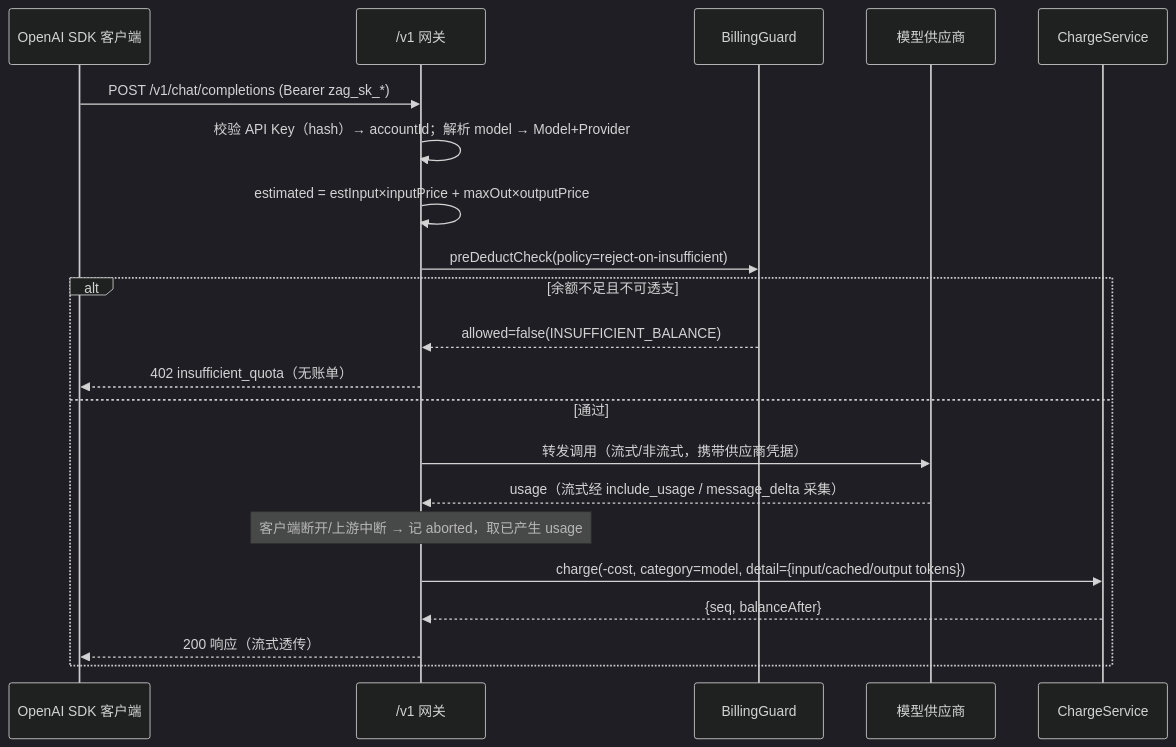
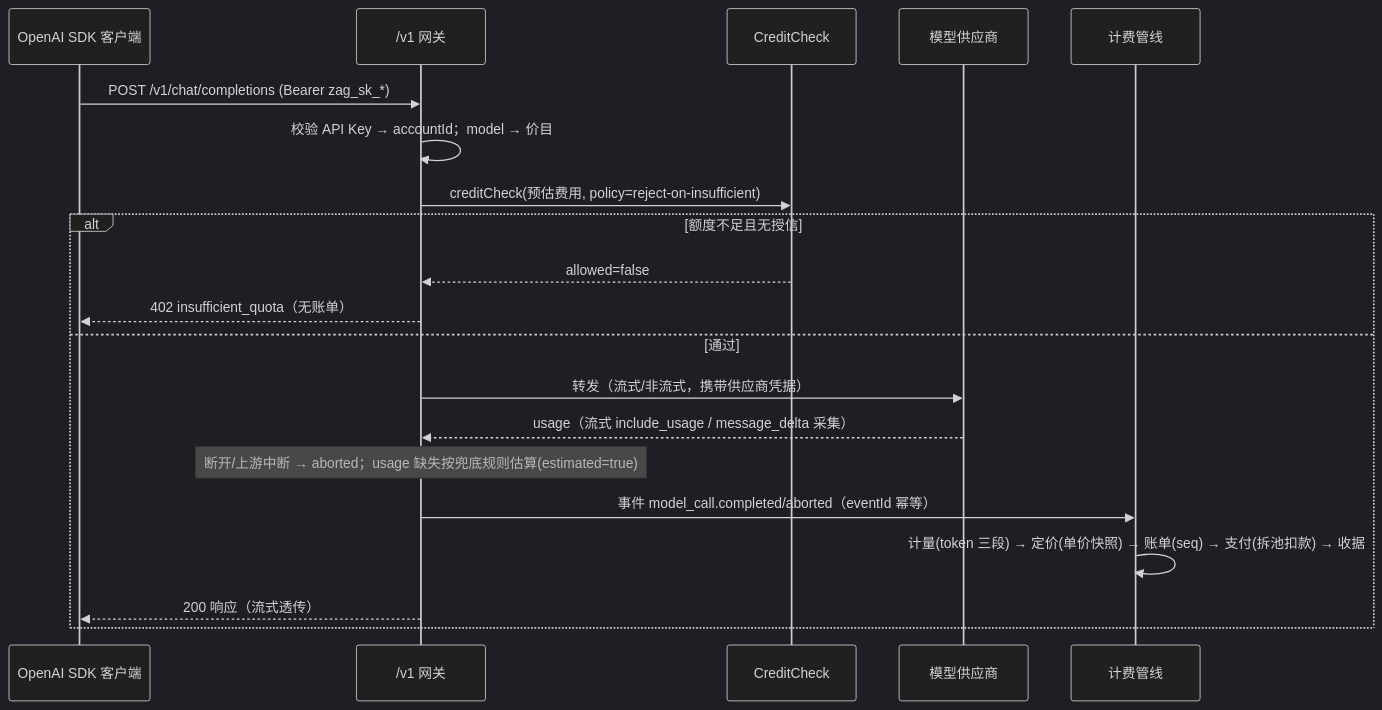
The eighth of 8 diagrams in docs/engineering/proposals/20261018-feat-credits-billing.md (Deliay/z-agent-gear), drawn with Mermaid (dark theme) before and after one commit. The commit also changed other lines of this file and 1 other file, not shown here.

Commit message:
docs(billing): 返工重构为「事件→计量→定价→账单→支付→收据」计费管线（PRD/提案 v2.0）

````diff
--- a/docs/engineering/proposals/20261018-feat-credits-billing.md
+++ b/docs/engineering/proposals/20261018-feat-credits-billing.md
@@ -447,24 +625,23 @@
 ```mermaid
 sequenceDiagram
     participant U as OpenAI SDK 客户端
     participant W as /v1 网关
-    participant G as BillingGuard
+    participant CK as CreditCheck
     participant P as 模型供应商
-    participant L as ChargeService
+    participant B as 计费管线
 
     U->>W: POST /v1/chat/completions (Bearer zag_sk_*)
-    W->>W: 校验 API Key（hash）→ accountId；解析 model → Model+Provider
-    W->>W: estimated = estInput×inputPrice + maxOut×outputPrice
-    W->>G: preDeductCheck(policy=reject-on-insufficient)
-    alt 余额不足且不可透支
-        G-->>W: allowed=false(INSUFFICIENT_BALANCE)
+    W->>W: 校验 API Key → accountId；model → 价目
+    W->>CK: creditCheck(预估费用, policy=reject-on-insufficient)
+    alt 额度不足且无授信
+        CK-->>W: allowed=false
         W-->>U: 402 insufficient_quota（无账单）
     else 通过
-        W->>P: 转发调用（流式/非流式，携带供应商凭据）
-        P-->>W: usage（流式经 include_usage / message_delta 采集）
-        Note over W: 客户端断开/上游中断 → 记 aborted，取已产生 usage
-        W->>L: charge(-cost, category=model, detail={input/cached/output tokens})
-        L-->>W: {seq, balanceAfter}
+        W->>P: 转发（流式/非流式，携带供应商凭据）
+        P-->>W: usage（流式 include_usage / message_delta 采集）
+        Note over W: 断开/上游中断 → aborted；usage 缺失按兜底规则估算(estimated=true)
+        W->>B: 事件 model_call.completed/aborted（eventId 幂等）
+        B->>B: 计量(token 三段) → 定价(单价快照) → 账单(seq) → 支付(拆池扣款) → 收据
         W-->>U: 200 响应（流式透传）
     end
 ```
````
